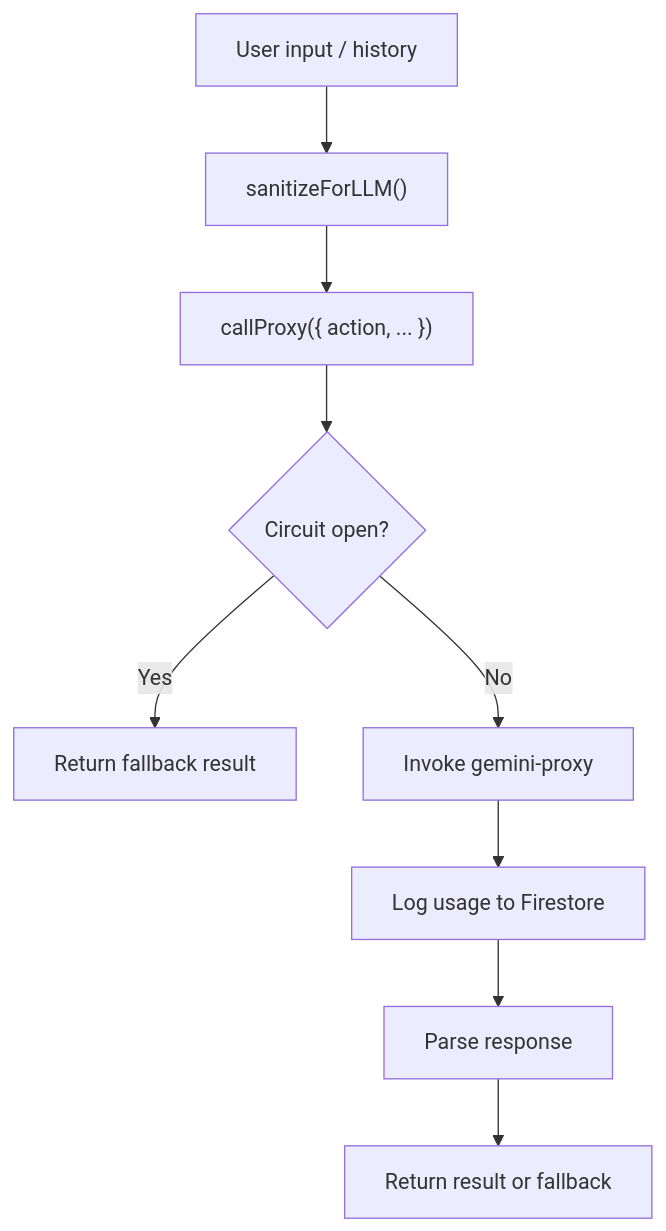
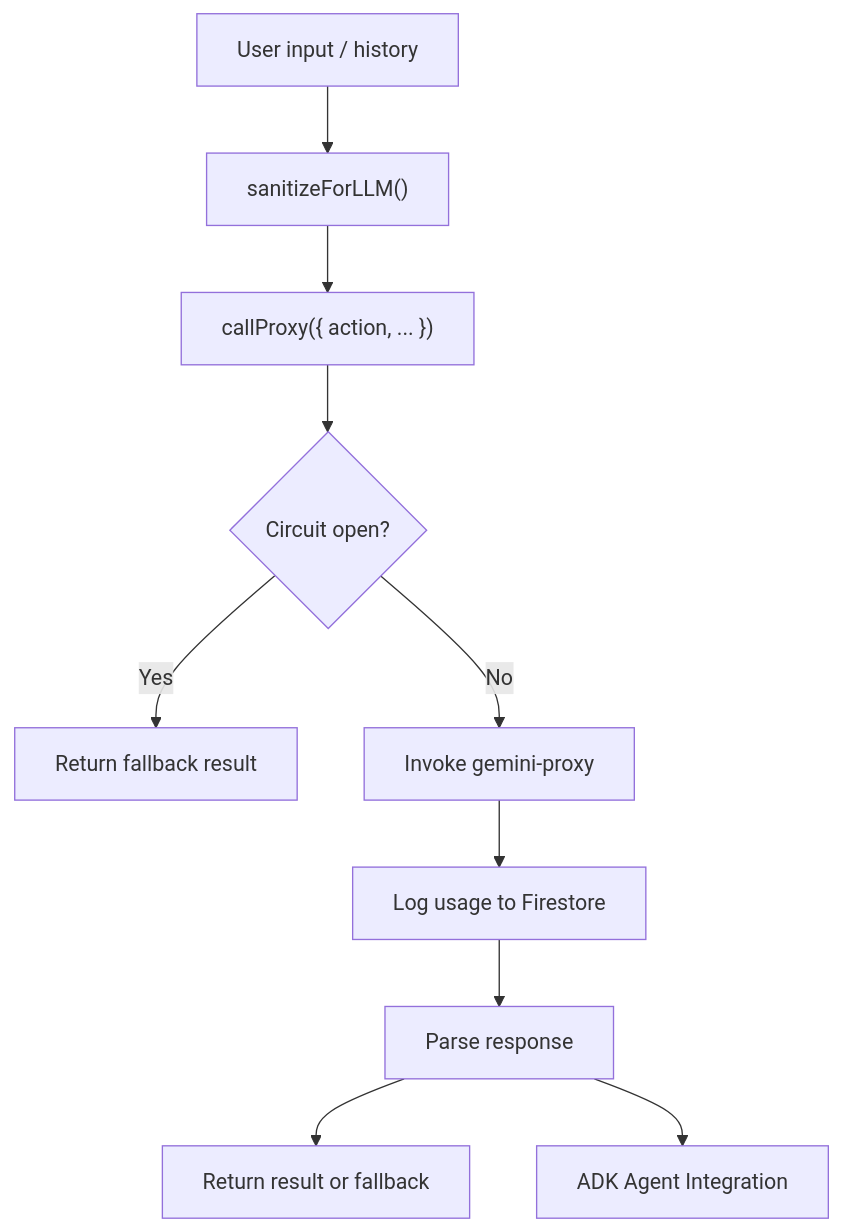
One commit to MudassarAbrar/FreshRoute-Ai changed the tenth of 15 diagrams in .qoder/repowiki/en/content/AI Integration/Assistant UI Components.md. Above: the diagram before and after it, drawn with Mermaid. The commit also changed other lines of this file and 105 other files, not shown here.

````diff
--- a/.qoder/repowiki/en/content/AI Integration/Assistant UI Components.md
+++ b/.qoder/repowiki/en/content/AI Integration/Assistant UI Components.md
@@ -339,11 +381,12 @@
 ```mermaid
 flowchart TD
 Input["User input / history"] --> Sanitize["sanitizeForLLM()"]
 Sanitize --> CallProxy["callProxy({ action, ... })"]
 CallProxy --> CircuitBreaker{"Circuit open?"}
 CircuitBreaker --> |Yes| Fallback["Return fallback result"]
 CircuitBreaker --> |No| Invoke["Invoke gemini-proxy"]
 Invoke --> Log["Log usage to Firestore"]
 Log --> Parse["Parse response"]
 Parse --> Result["Return result or fallback"]
+Parse --> ADK["ADK Agent Integration"]
 ```
````
